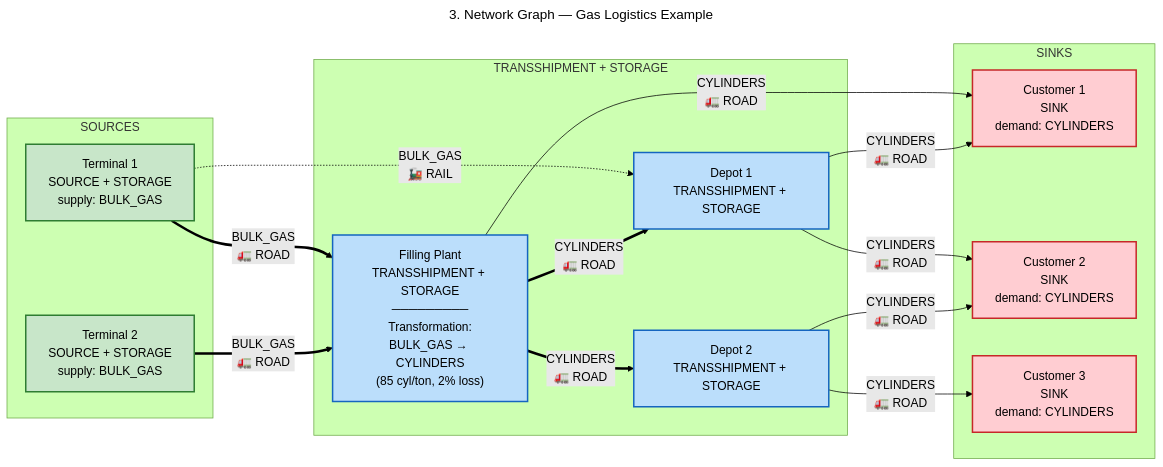
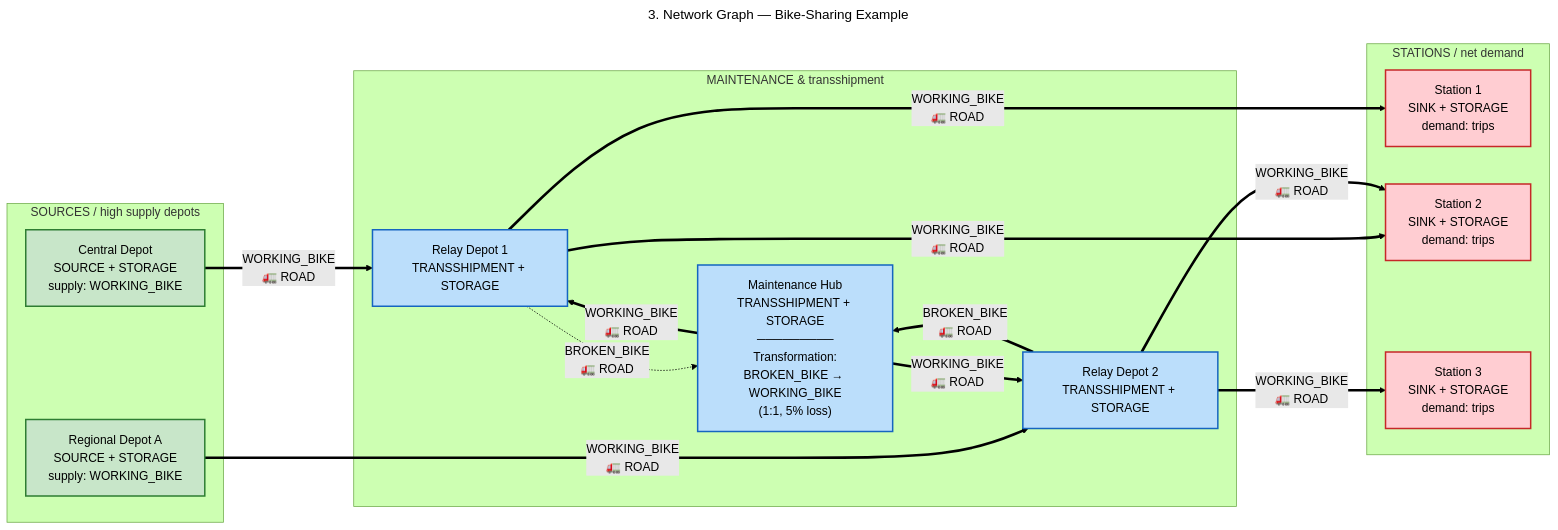
The diagram in docs/diagrams/03_network_example.mermaid (vlzm/GFDRR), drawn with Mermaid (forest theme) before and after one commit. The commit also changed 8 other files, not shown here.

First line of the commit message:
feat(docs): update architecture and data model documentation for bike-sharing

```diff
--- a/docs/diagrams/03_network_example.mermaid
+++ b/docs/diagrams/03_network_example.mermaid
@@ -1,42 +1,42 @@
 ---
-title: "3. Network Graph — Gas Logistics Example"
+title: "3. Network Graph — Bike-Sharing Example"
 ---
 
 flowchart LR
-    subgraph Sources["SOURCES"]
-        T1["Terminal 1<br/>SOURCE + STORAGE<br/>supply: BULK_GAS"]
-        T2["Terminal 2<br/>SOURCE + STORAGE<br/>supply: BULK_GAS"]
+    subgraph Sources["SOURCES / high supply depots"]
+        D0["Central Depot<br/>SOURCE + STORAGE<br/>supply: WORKING_BIKE"]
+        D1["Regional Depot A<br/>SOURCE + STORAGE<br/>supply: WORKING_BIKE"]
     end
 
-    subgraph Processing["TRANSSHIPMENT + STORAGE"]
-        FP["Filling Plant<br/>TRANSSHIPMENT + STORAGE<br/>─────────<br/>Transformation:<br/>BULK_GAS → CYLINDERS<br/>(85 cyl/ton, 2% loss)"]
-        D1["Depot 1<br/>TRANSSHIPMENT + STORAGE"]
-        D2["Depot 2<br/>TRANSSHIPMENT + STORAGE"]
+    subgraph Processing["MAINTENANCE & transshipment"]
+        MH["Maintenance Hub<br/>TRANSSHIPMENT + STORAGE<br/>─────────<br/>Transformation:<br/>BROKEN_BIKE → WORKING_BIKE<br/>(1:1, 5% loss)"]
+        R1["Relay Depot 1<br/>TRANSSHIPMENT + STORAGE"]
+        R2["Relay Depot 2<br/>TRANSSHIPMENT + STORAGE"]
     end
 
-    subgraph Sinks["SINKS"]
-        C1["Customer 1<br/>SINK<br/>demand: CYLINDERS"]
-        C2["Customer 2<br/>SINK<br/>demand: CYLINDERS"]
-        C3["Customer 3<br/>SINK<br/>demand: CYLINDERS"]
+    subgraph Sinks["STATIONS / net demand"]
+        S1["Station 1<br/>SINK + STORAGE<br/>demand: trips"]
+        S2["Station 2<br/>SINK + STORAGE<br/>demand: trips"]
+        S3["Station 3<br/>SINK + STORAGE<br/>demand: trips"]
     end
 
-    T1 ==>|"BULK_GAS<br/>🚛 ROAD"| FP
-    T2 ==>|"BULK_GAS<br/>🚛 ROAD"| FP
-    T1 -.->|"BULK_GAS<br/>🚂 RAIL"| D1
+    D0 ==>|"WORKING_BIKE<br/>🚛 ROAD"| R1
+    D1 ==>|"WORKING_BIKE<br/>🚛 ROAD"| R2
+    R1 -.->|"BROKEN_BIKE<br/>🚛 ROAD"| MH
+    R2 ==>|"BROKEN_BIKE<br/>🚛 ROAD"| MH
 
-    FP ==>|"CYLINDERS<br/>🚛 ROAD"| D1
-    FP ==>|"CYLINDERS<br/>🚛 ROAD"| D2
-    FP -->|"CYLINDERS<br/>🚛 ROAD"| C1
+    MH ==>|"WORKING_BIKE<br/>🚛 ROAD"| R1
+    MH ==>|"WORKING_BIKE<br/>🚛 ROAD"| R2
 
-    D1 -->|"CYLINDERS<br/>🚛 ROAD"| C1
-    D1 -->|"CYLINDERS<br/>🚛 ROAD"| C2
-    D2 -->|"CYLINDERS<br/>🚛 ROAD"| C2
-    D2 -->|"CYLINDERS<br/>🚛 ROAD"| C3
+    R1 ==>|"WORKING_BIKE<br/>🚛 ROAD"| S1
+    R1 ==>|"WORKING_BIKE<br/>🚛 ROAD"| S2
+    R2 ==>|"WORKING_BIKE<br/>🚛 ROAD"| S2
+    R2 ==>|"WORKING_BIKE<br/>🚛 ROAD"| S3
 
     classDef source fill:#c8e6c9,stroke:#2e7d32,stroke-width:2px
     classDef transship fill:#bbdefb,stroke:#1565c0,stroke-width:2px
     classDef sink fill:#ffcdd2,stroke:#c62828,stroke-width:2px
 
-    class T1,T2 source
-    class FP,D1,D2 transship
-    class C1,C2,C3 sink
+    class D0,D1 source
+    class MH,R1,R2 transship
+    class S1,S2,S3 sink
```
